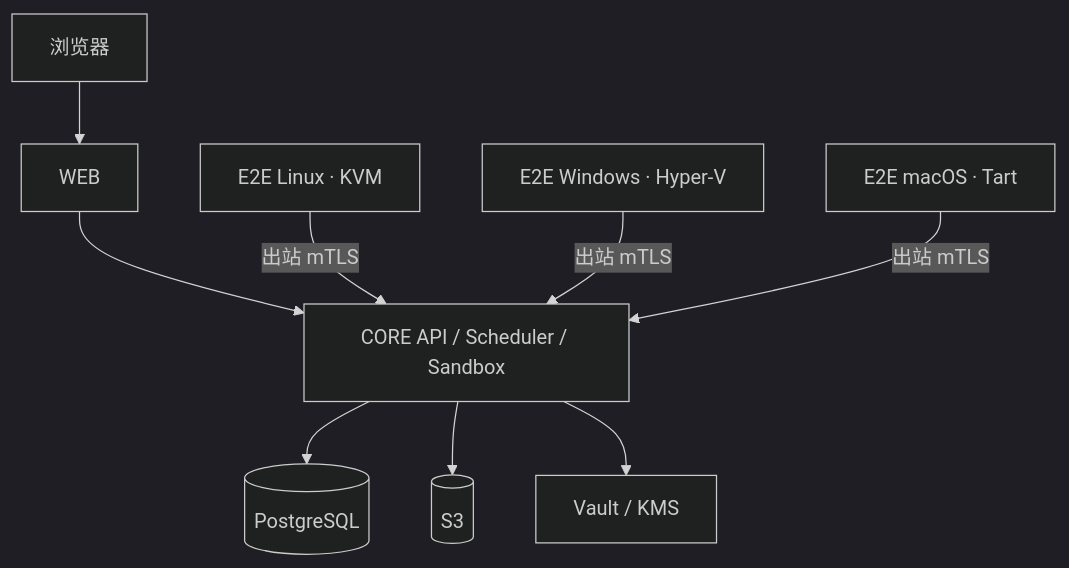
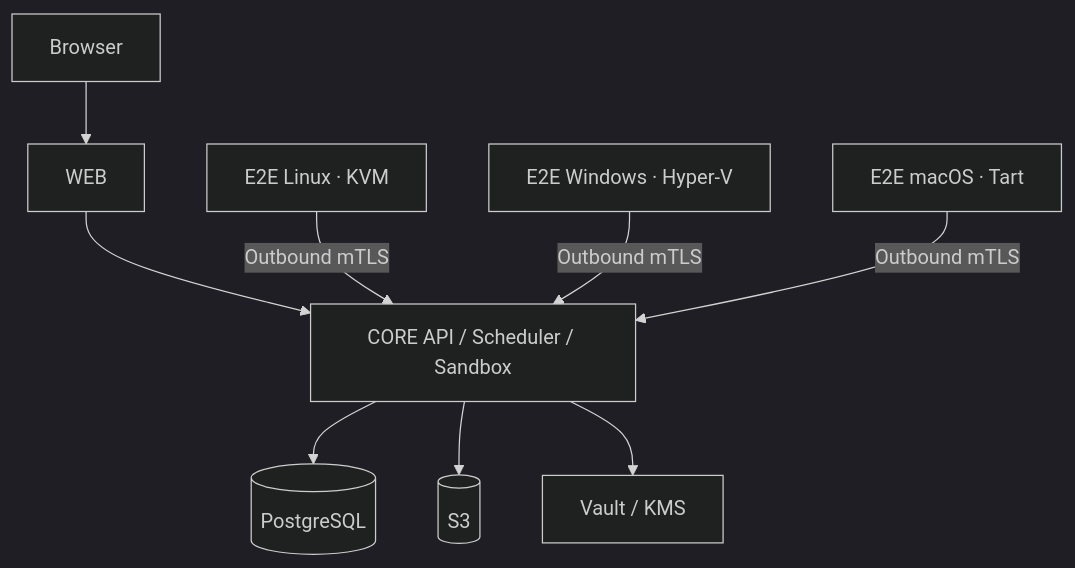
Before and after one commit to asssaver97/DeviLudo: the third of 3 diagrams in README.md, drawn with Mermaid (dark theme). The commit also changed other lines of this file and 1 other file, not shown here.

````diff
--- a/README.md
+++ b/README.md
@@ -135,11 +285,11 @@
 ```mermaid
 flowchart TB
-    U[浏览器] --> W[WEB]
+    U[Browser] --> W[WEB]
     W --> C[CORE API / Scheduler / Sandbox]
     C --> P[(PostgreSQL)]
     C --> S[(S3)]
     C --> V[Vault / KMS]
-    L[E2E Linux · KVM] -->|出站 mTLS| C
-    N[E2E Windows · Hyper-V] -->|出站 mTLS| C
-    M[E2E macOS · Tart] -->|出站 mTLS| C
+    L[E2E Linux · KVM] -->|Outbound mTLS| C
+    N[E2E Windows · Hyper-V] -->|Outbound mTLS| C
+    M[E2E macOS · Tart] -->|Outbound mTLS| C
 ```
````
